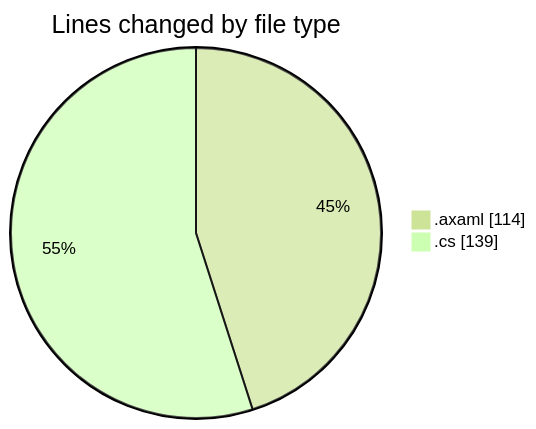
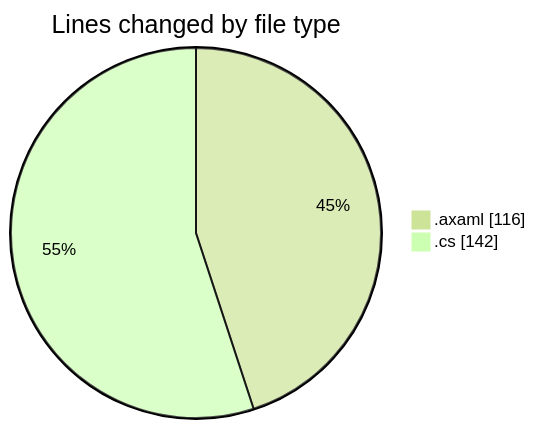
One commit to Netris89/code-tracking changed the first of 2 diagrams in 2025-10-29/skintrack/README.md. Above: the diagram before and after it, drawn with Mermaid (forest theme). The commit also changed other lines of this file and 1 other file, not shown here.

````diff
--- a/2025-10-29/skintrack/README.md
+++ b/2025-10-29/skintrack/README.md
@@ -26,6 +26,6 @@
 ```mermaid
 pie showData
 title Lines changed by file type
-".axaml" : 114
-".cs" : 139
+".axaml" : 116
+".cs" : 142
 ```
````
